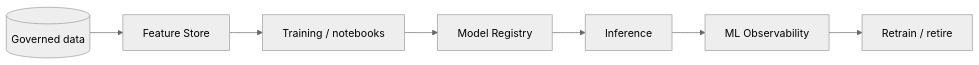
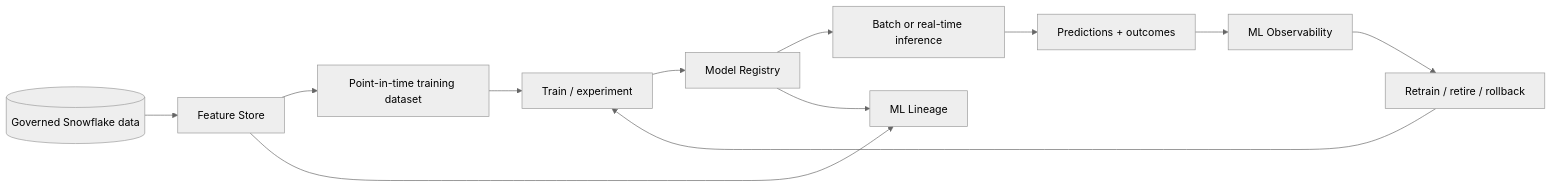
The diagram in 01 Snowflake/05 Advanced Analytics and AI/41 Feature Store and ML Operations.md (shonningsoy/Upskill), drawn with Mermaid (neutral theme) before and after one commit. The commit also changed other lines of this file and 2 other files, not shown here.

Commit message:
Expand Snowflake Feature Store and MLOps note

````diff
--- a/01 Snowflake/05 Advanced Analytics and AI/41 Feature Store and ML Operations.md
+++ b/01 Snowflake/05 Advanced Analytics and AI/41 Feature Store and ML Operations.md
@@ -61,9 +76,14 @@
 ```mermaid
 flowchart LR
-    DATA[(Governed data)] --> FS[Feature Store]
-    FS --> TRAIN[Training / notebooks]
+    DATA[(Governed Snowflake data)] --> FS[Feature Store]
+    FS --> DATASET[Point-in-time training dataset]
+    DATASET --> TRAIN[Train / experiment]
     TRAIN --> REG[Model Registry]
-    REG --> SERVE[Inference]
-    SERVE --> OBS[ML Observability]
-    OBS --> RETRAIN[Retrain / retire]
+    REG --> INFER[Batch or real-time inference]
+    INFER --> PRED[Predictions + outcomes]
+    PRED --> OBS[ML Observability]
+    FS --> LINEAGE[ML Lineage]
+    REG --> LINEAGE
+    OBS --> DECIDE[Retrain / retire / rollback]
+    DECIDE --> TRAIN
 ```
````
